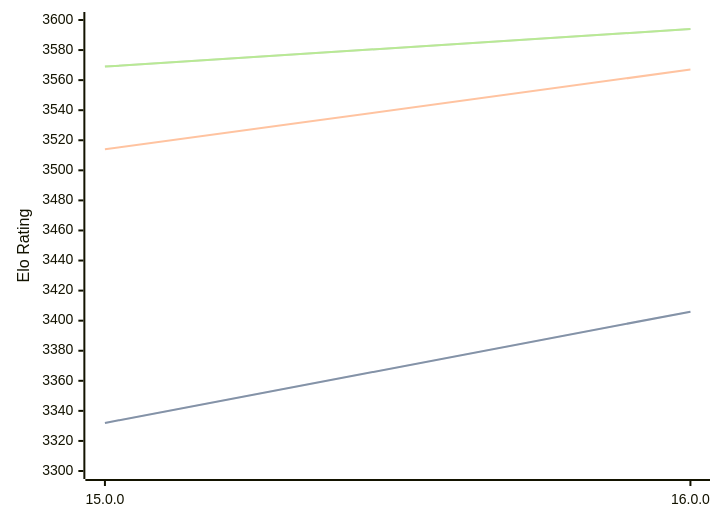
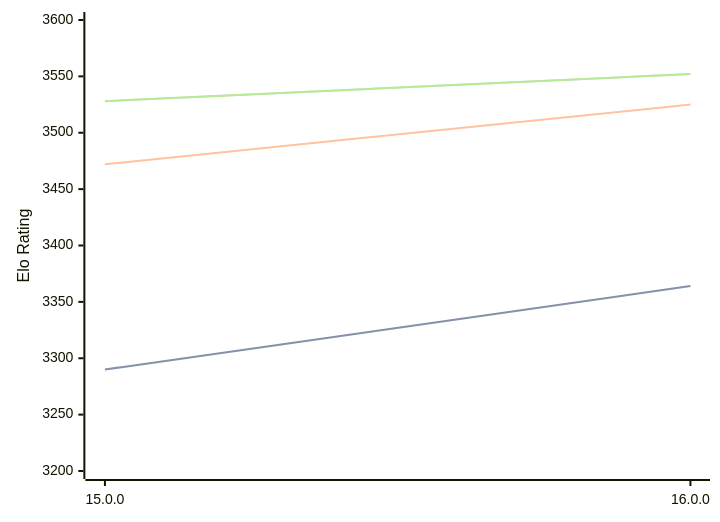
One commit to computer-chess-index/cci changed the diagram in engines/Halogen.md. Above: the diagram before and after it, drawn with Mermaid. The commit also changed other lines of this file, not shown here.

Commit message:
Update CCI Ratings (ELO VLTC) - 2026-05-19

````diff
--- a/engines/Halogen.md
+++ b/engines/Halogen.md
@@ -50,11 +50,11 @@
 ```mermaid
 %%{init: {"theme":"base","themeVariables":{"seriesColors:['#a3a3a3','#222221','#faa371']}}}%%
 xychart-beta
   x-axis ["15.0.0", "16.0.0"]
-  y-axis "Elo Rating" 3300 --> 3600
-  line "STC (8.0+0.08s)" [3332, 3406]
-  line "STC (8.0+0.08s)" [3332, 3406]
-  line "LTC (60.0+0.60s)" [3514, 3567]
-  line "VLTC (2m24s+1.12s)" [3569, 3594]
-  line "VLTC (2m24s+1.12s)" [3569, 3594]
+  y-axis "Elo Rating" 3200 --> 3600
+  line "STC (8.0+0.08s)" [3290, 3364]
+  line "STC (8.0+0.08s)" [3290, 3364]
+  line "LTC (60.0+0.60s)" [3472, 3525]
+  line "VLTC (2m24s+1.12s)" [3528, 3552]
+  line "VLTC (2m24s+1.12s)" [3528, 3552]
 ```
````
